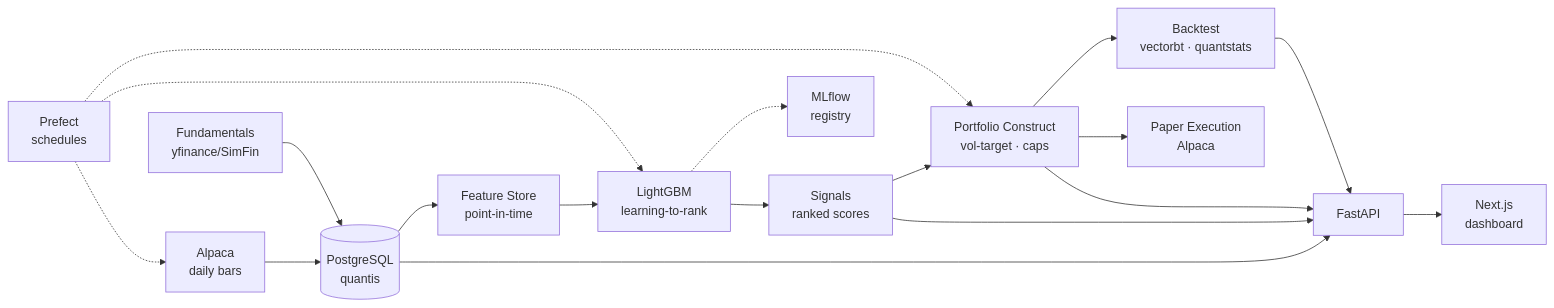
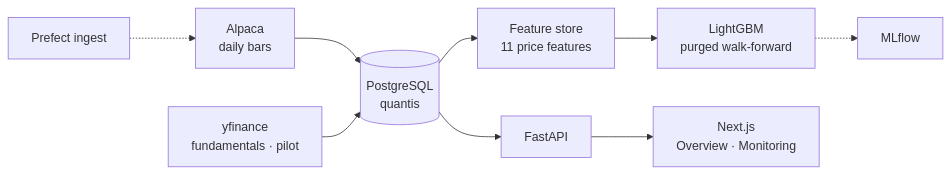
One commit to nishantnayar/trading-public changed the diagram in README.md. Above: the diagram before and after it, drawn with Mermaid. The commit also changed other lines of this file and 8 other files, not shown here.

````diff
--- a/README.md
+++ b/README.md
@@ -57,15 +54,11 @@
 ```mermaid
 flowchart LR
     A[Alpaca<br/>daily bars] --> B[(PostgreSQL<br/>quantis)]
-    F[Fundamentals<br/>yfinance/SimFin] --> B
-    B --> C[Feature Store<br/>point-in-time]
-    C --> D[LightGBM<br/>learning-to-rank]
-    D --> E[Signals<br/>ranked scores]
-    E --> G[Portfolio Construct<br/>vol-target · caps]
-    G --> H[Backtest<br/>vectorbt · quantstats]
-    G --> I[Paper Execution<br/>Alpaca]
-    D -.-> M[MLflow<br/>registry]
-    P[Prefect<br/>schedules] -.-> A & D & G
-    B & E & G & H --> API[FastAPI]
-    API --> S[Next.js<br/>dashboard]
+    F[yfinance<br/>fundamentals · pilot] --> B
+    B --> C[Feature store<br/>11 price features]
+    C --> D[LightGBM<br/>purged walk-forward]
+    D -.-> M[MLflow]
+    P[Prefect ingest] -.-> A
+    B --> API[FastAPI]
+    API --> S[Next.js<br/>Overview · Monitoring]
 ```
````
